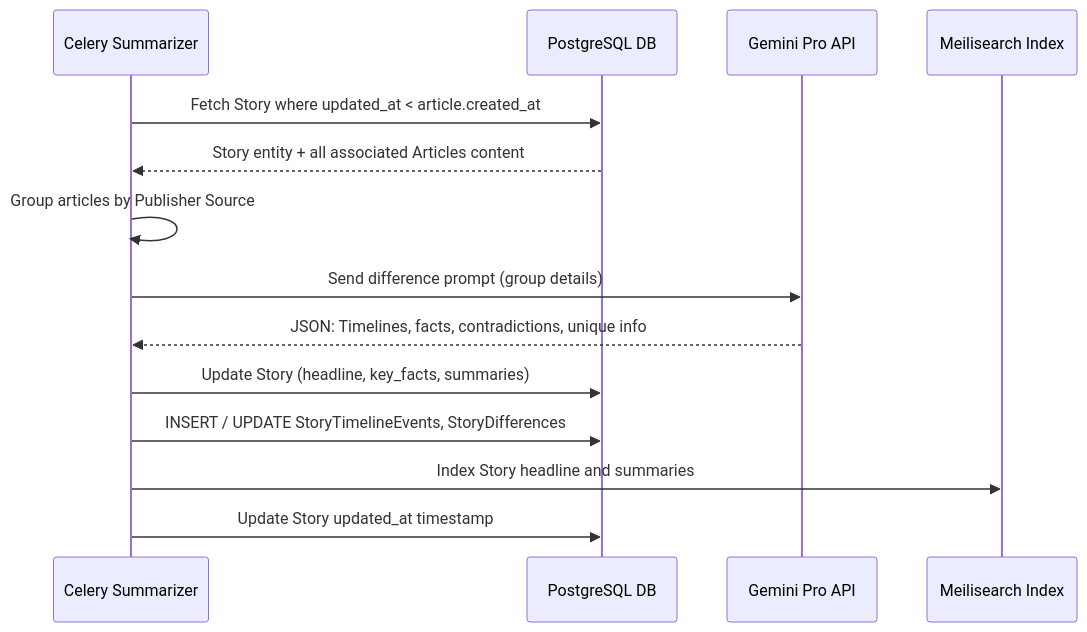
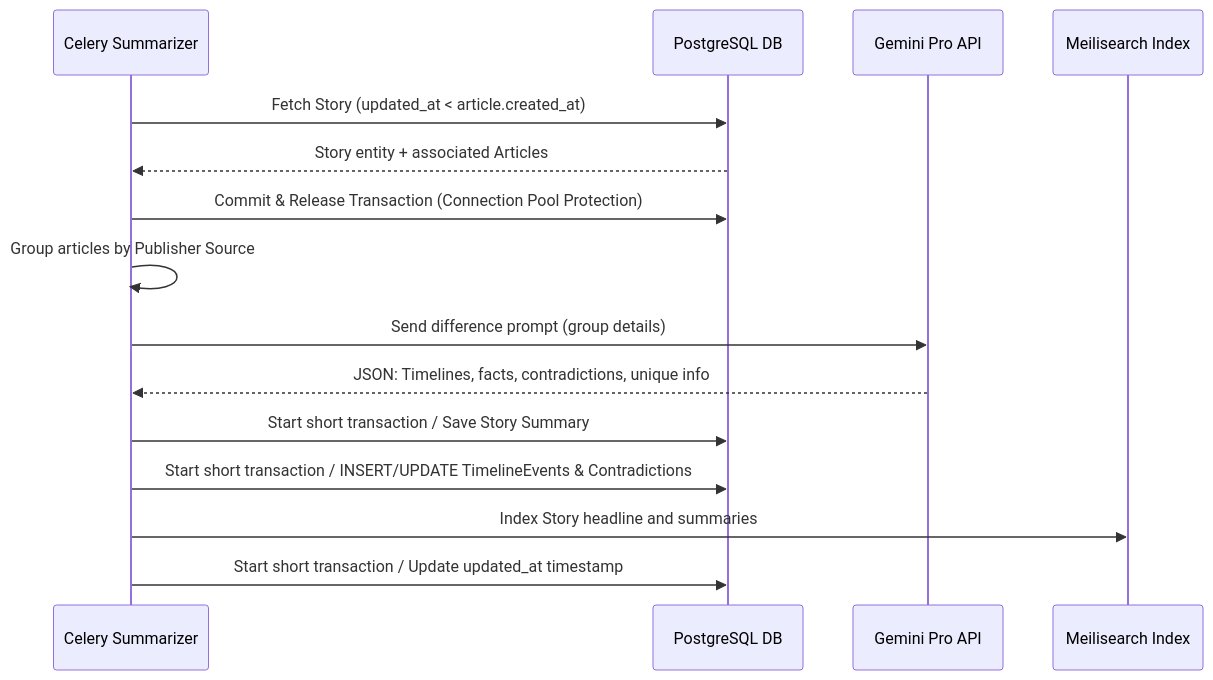
The third of 3 diagrams in docs/architecture/data-flow.md (Unchartd/NewsIQ), drawn with Mermaid before and after one commit. The commit also changed 4 other files, not shown here.

Commit message:
docs: update architecture, data flow, runbooks, and entity linking guidelines

````diff
--- a/docs/architecture/data-flow.md
+++ b/docs/architecture/data-flow.md
@@ -65,17 +65,18 @@
 ```mermaid
 sequenceDiagram
     participant Worker as Celery Summarizer
     participant DB as PostgreSQL DB
     participant LLM as Gemini Pro API
     participant Search as Meilisearch Index
 
-    Worker->>DB: Fetch Story where updated_at < article.created_at
-    DB-->>Worker: Story entity + all associated Articles content
+    Worker->>DB: Fetch Story (updated_at < article.created_at)
+    DB-->>Worker: Story entity + associated Articles
+    Worker->>DB: Commit & Release Transaction (Connection Pool Protection)
     Worker->>Worker: Group articles by Publisher Source
     Worker->>LLM: Send difference prompt (group details)
     LLM-->>Worker: JSON: Timelines, facts, contradictions, unique info
-    Worker->>DB: Update Story (headline, key_facts, summaries)
-    Worker->>DB: INSERT / UPDATE StoryTimelineEvents, StoryDifferences
+    Worker->>DB: Start short transaction / Save Story Summary
+    Worker->>DB: Start short transaction / INSERT/UPDATE TimelineEvents & Contradictions
     Worker->>Search: Index Story headline and summaries
-    Worker->>DB: Update Story updated_at timestamp
+    Worker->>DB: Start short transaction / Update updated_at timestamp
 ```
````
